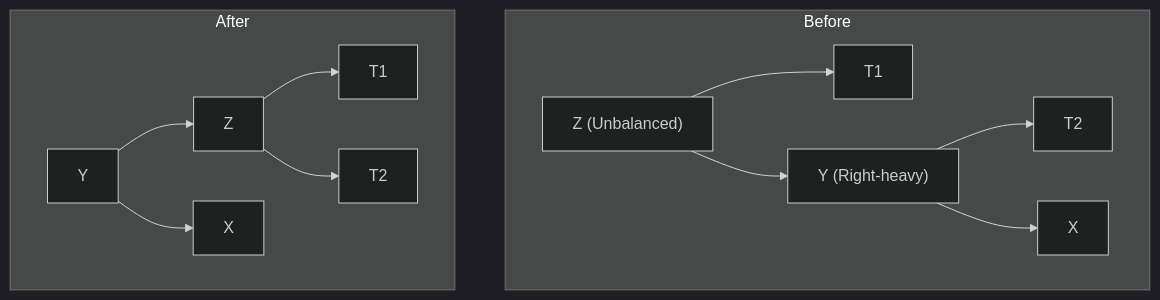
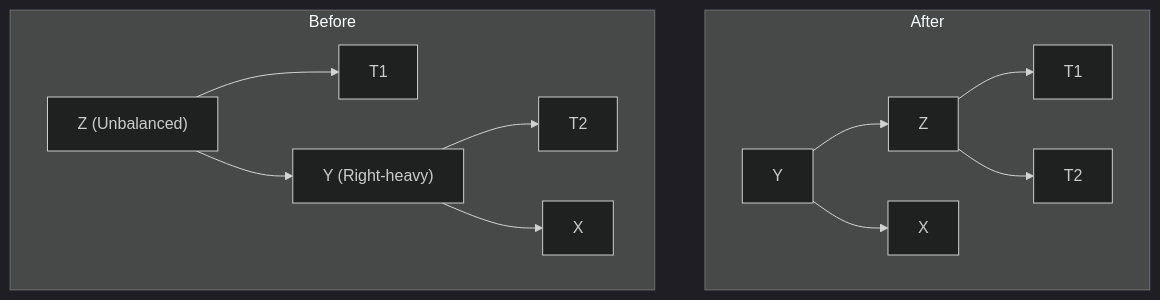
Before and after one commit to nitinkc/nitinkc.github.io: the second of 4 diagrams in _posts/Algo/trees/2025-01-20-avl-tree.md, drawn with Mermaid (dark theme). The commit also changed other lines of this file, not shown here.

````diff
--- a/_posts/Algo/trees/2025-01-20-avl-tree.md
+++ b/_posts/Algo/trees/2025-01-20-avl-tree.md
@@ -32,18 +32,18 @@
 ```mermaid!
 graph TD
+    subgraph After
+        F["Y"]
+        F --> G["Z"]
+        F --> H["X"]
+        G --> I["T1"]
+        G --> J["T2"]
+    end
+    
     subgraph Before
         A["Z (Unbalanced)"]
         A --> B["T1"]
         A --> C["Y (Right-heavy)"]
         C --> D["T2"]
         C --> E["X"]
     end
-
-    subgraph After
-        F["Y"]
-        F --> G["Z"]
-        F --> H["X"]
-        G --> I["T1"]
-        G --> J["T2"]
-    end
 ```
````
